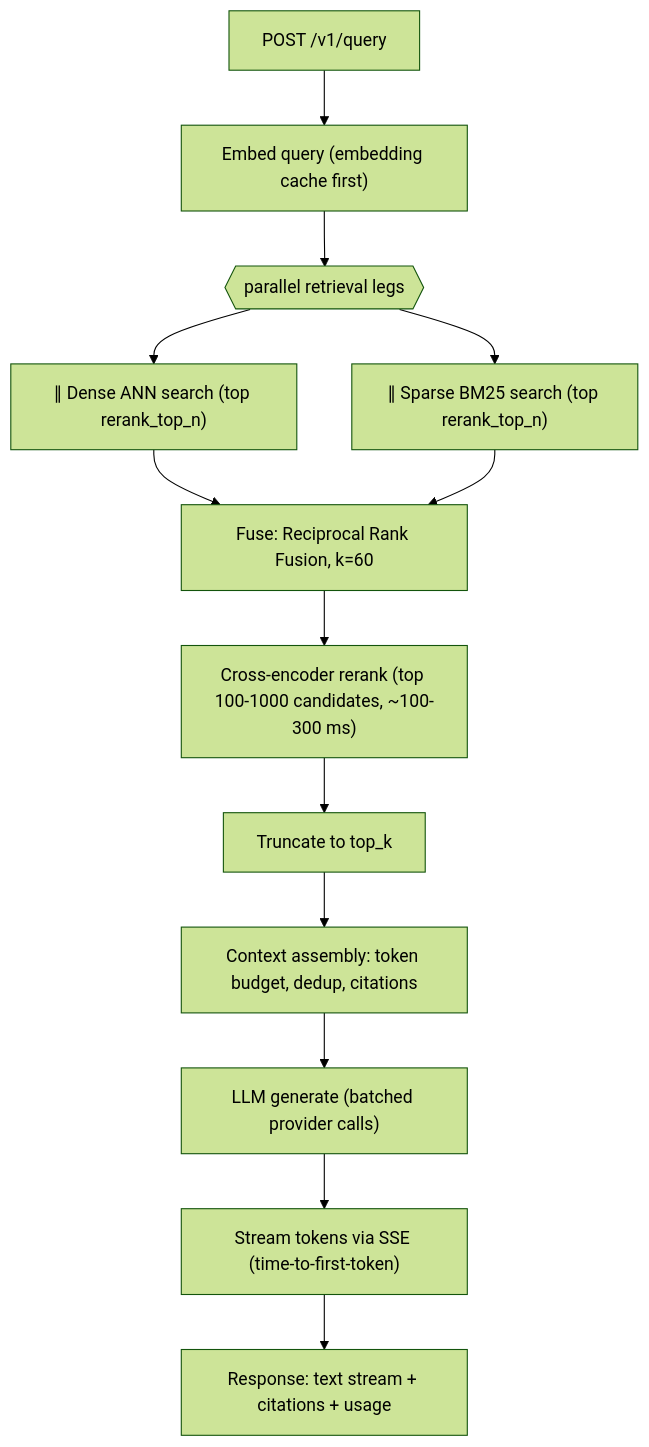
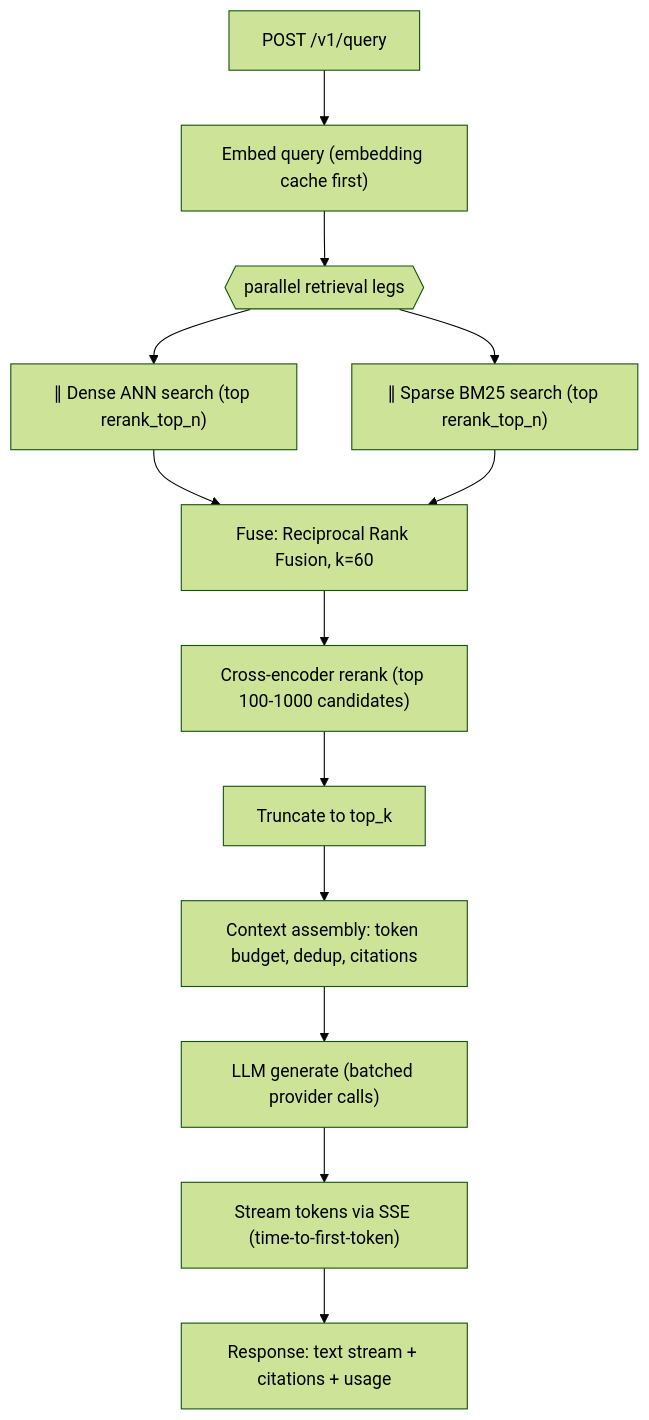
One commit to balrajsingh165/FasterRag changed the third of 5 diagrams in docs/flow.md. Above: the diagram before and after it, drawn with Mermaid (forest theme). The commit also changed 29 other files, not shown here.

````diff
--- a/docs/flow.md
+++ b/docs/flow.md
@@ -56,15 +56,15 @@
 ```mermaid
 flowchart TB
     Q["POST /v1/query"] --> QE["Embed query (embedding cache first)"]
     QE --> PAR{{"parallel retrieval legs"}}
     PAR --> D["∥ Dense ANN search (top rerank_top_n)"]
     PAR --> S["∥ Sparse BM25 search (top rerank_top_n)"]
     D --> F["Fuse: Reciprocal Rank Fusion, k=60"]
     S --> F
-    F --> R["Cross-encoder rerank (top 100-1000 candidates, ~100-300 ms)"]
+    F --> R["Cross-encoder rerank (top 100-1000 candidates)"]
     R --> K["Truncate to top_k"]
     K --> CA["Context assembly: token budget, dedup, citations"]
     CA --> G["LLM generate (batched provider calls)"]
     G --> ST["Stream tokens via SSE (time-to-first-token)"]
     ST --> RESP["Response: text stream + citations + usage"]
 ```
````
